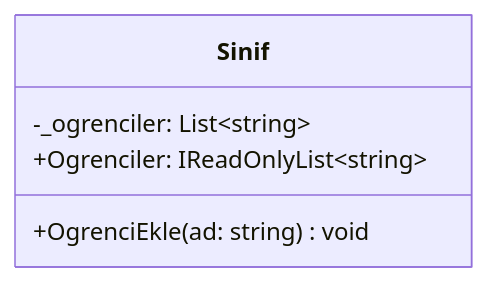
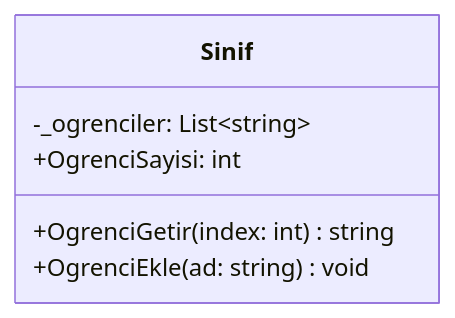
The fifth of 5 diagrams in Hafta04/README.md (ibrahimayaz/Nesne-Yonelimli-Programlama-2025), drawn with Mermaid before and after one commit. The commit also changed other lines of this file and 1 other file, not shown here.

````diff
--- a/Hafta04/README.md
+++ b/Hafta04/README.md
@@ -285,8 +285,9 @@
 ```mermaid
 classDiagram
     class Sinif {
       -_ogrenciler: List~string~
-      +Ogrenciler: IReadOnlyList~string~
+      +OgrenciSayisi: int
+      +OgrenciGetir(index: int) string
       +OgrenciEkle(ad: string) void
     }
 ```
````
